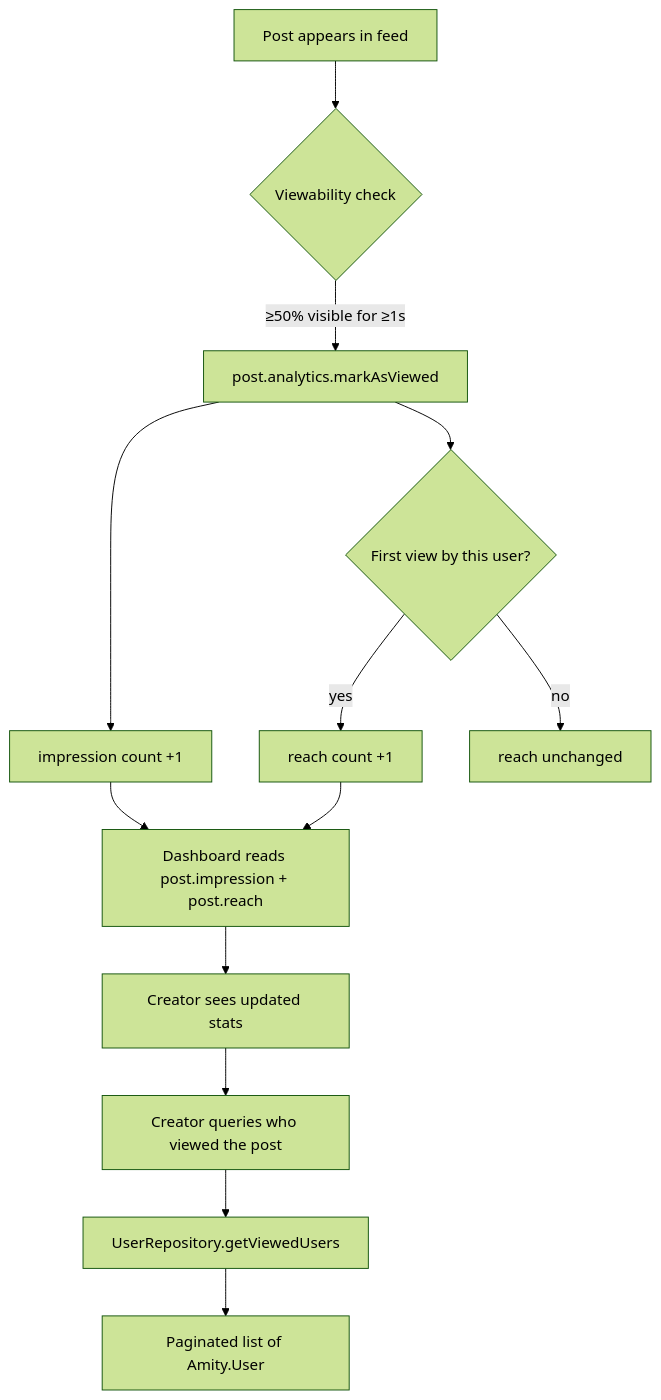
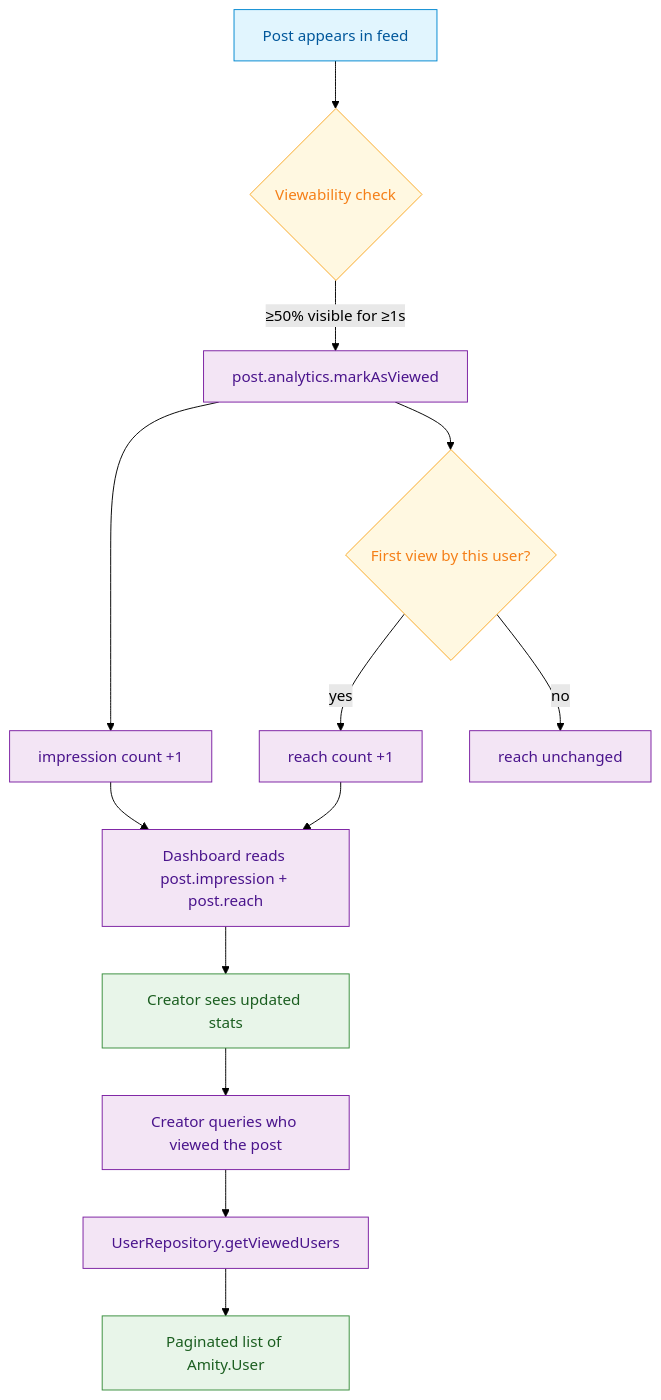
Before and after one commit to AmityCo/social-plus-docs: the diagram in use-cases/social/post-impressions-and-creator-analytics.mdx, drawn with Mermaid (forest theme). The commit also changed other lines of this file and 26 other files, not shown here.

````diff
--- a/use-cases/social/post-impressions-and-creator-analytics.mdx
+++ b/use-cases/social/post-impressions-and-creator-analytics.mdx
@@ -31,14 +29,24 @@
 ```mermaid
 graph TD
     A[Post appears in feed] --> B{Viewability check}
     B -->|≥50% visible for ≥1s| C[post.analytics.markAsViewed]
     C --> D[impression count +1]
     C --> E{First view by this user?}
     E -->|yes| F[reach count +1]
     E -->|no| G[reach unchanged]
     D & F --> H[Dashboard reads post.impression + post.reach]
     H --> I[Creator sees updated stats]
     I --> J[Creator queries who viewed the post]
     J --> K[UserRepository.getViewedUsers]
     K --> L[Paginated list of Amity.User]
+
+    classDef action fill:#e1f5fe,stroke:#0288d1,color:#01579b
+    classDef decision fill:#fff8e1,stroke:#f9a825,color:#f57f17
+    classDef process fill:#f3e5f5,stroke:#7b1fa2,color:#4a148c
+    classDef outcome fill:#e8f5e9,stroke:#388e3c,color:#1b5e20
+
+    class A action
+    class B,E decision
+    class C,D,F,G,H,J,K process
+    class I,L outcome
 ```
````
